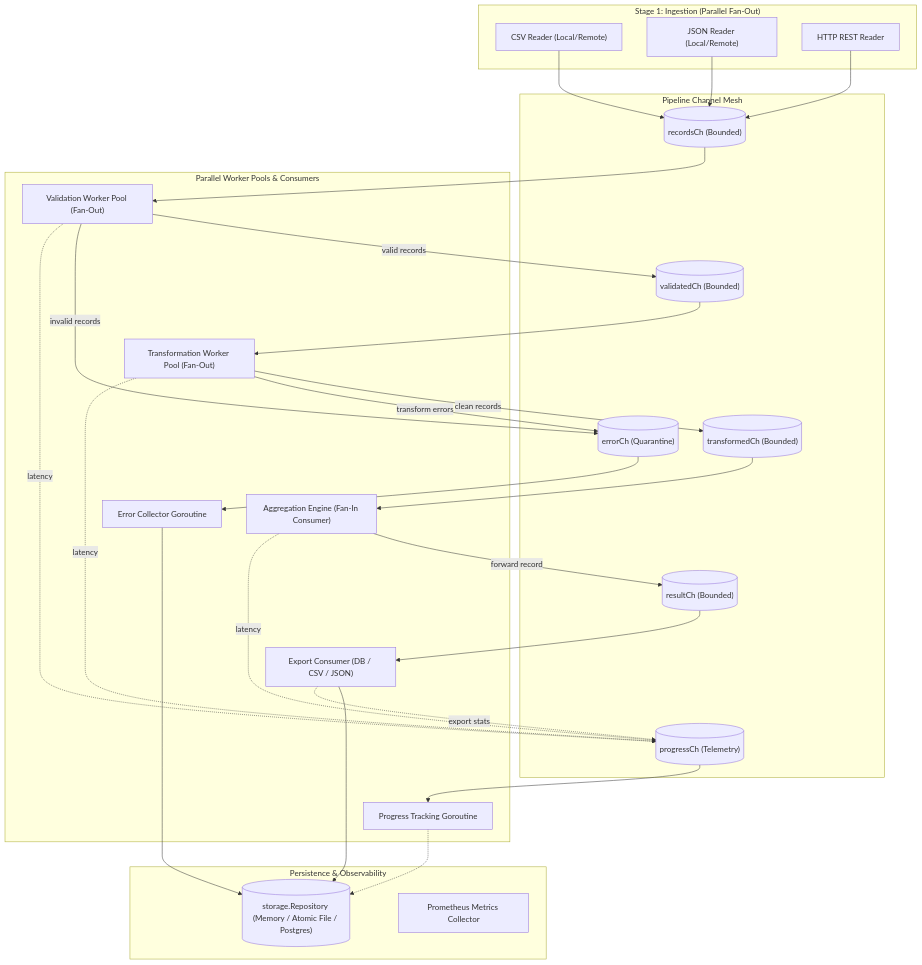
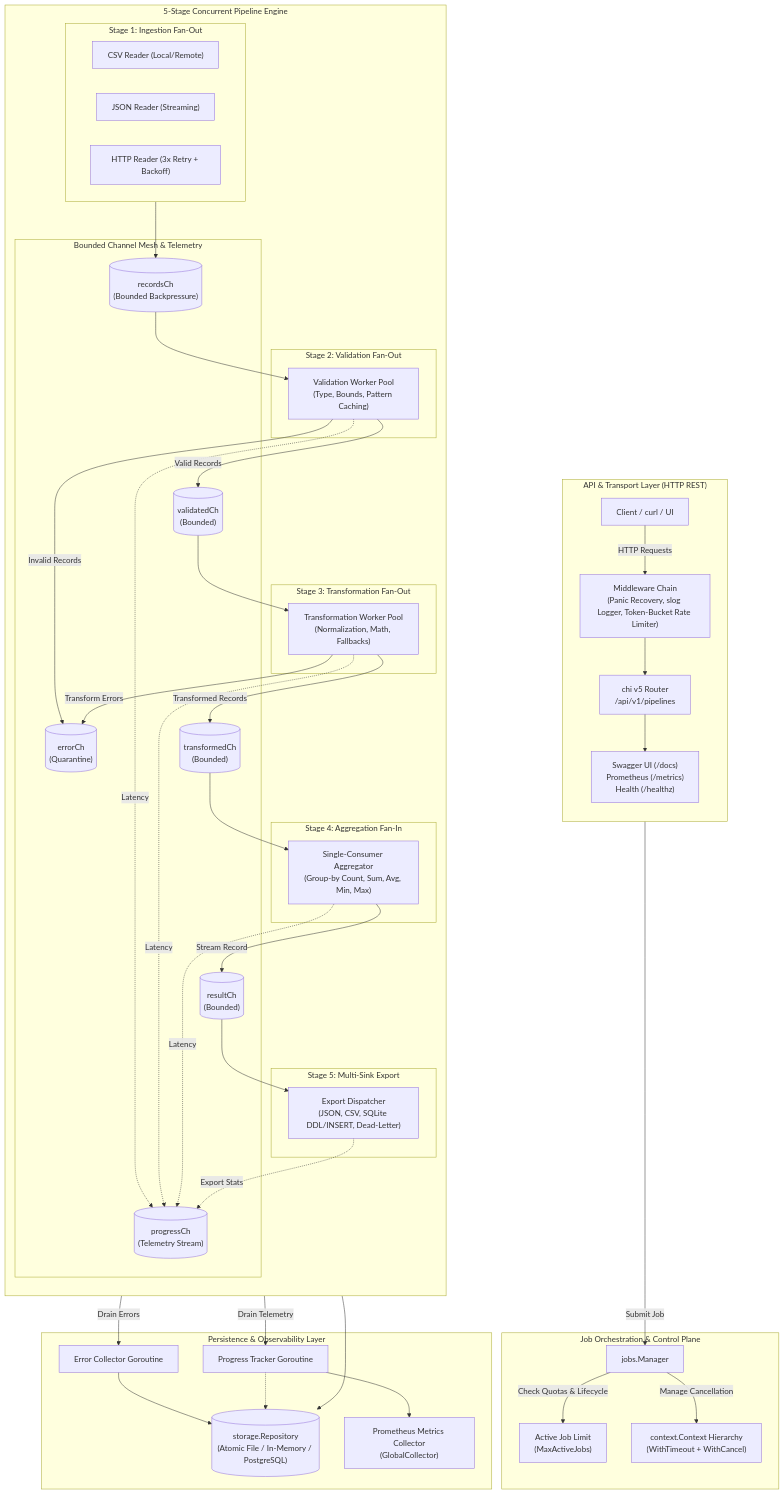
The diagram in README.md (anandmindfire/Data_Processing_Pipeline), drawn with Mermaid before and after one commit. The commit also changed other lines of this file and 4 other files, not shown here.

Commit message:
docs: modernize README architecture diagram, synchronize design report and production readiness roadmap

````diff
--- a/README.md
+++ b/README.md
@@ -23,52 +61,76 @@
 ```mermaid
 flowchart TD
-  subgraph Ingestion ["Stage 1: Ingestion (Parallel Fan-Out)"]
-    S1["CSV Reader (Local/Remote)"]
-    S2["JSON Reader (Local/Remote)"]
-    S3["HTTP REST Reader"]
+  subgraph Ingress ["API & Transport Layer (HTTP REST)"]
+    direction TB
+    CLI["Client / curl / UI"] -->|"HTTP Requests"| MW["Middleware Chain<br/>(Panic Recovery, slog Logger, Token-Bucket Rate Limiter)"]
+    MW --> ROUTER["chi v5 Router<br/>/api/v1/pipelines"]
+    ROUTER --> DOCS["Swagger UI (/docs)<br/>Prometheus (/metrics)<br/>Health (/healthz)"]
   end
 
-  subgraph Buffers ["Pipeline Channel Mesh"]
-    R[("recordsCh (Bounded)")]
-    V_CH[("validatedCh (Bounded)")]
-    T_CH[("transformedCh (Bounded)")]
-    RES_CH[("resultCh (Bounded)")]
-    ERR_CH[("errorCh (Quarantine)")]
-    PROG_CH[("progressCh (Telemetry)")]
+  subgraph ControlPlane ["Job Orchestration & Control Plane"]
+    ROUTER -->|"Submit Job"| MGR["jobs.Manager"]
+    MGR -->|"Check Quotas & Lifecycle"| QUOTA["Active Job Limit<br/>(MaxActiveJobs)"]
+    MGR -->|"Manage Cancellation"| CTX["context.Context Hierarchy<br/>(WithTimeout + WithCancel)"]
   end
 
-  subgraph Processing ["Parallel Worker Pools & Consumers"]
-    V["Validation Worker Pool (Fan-Out)"]
-    T["Transformation Worker Pool (Fan-Out)"]
-    A["Aggregation Engine (Fan-In Consumer)"]
-    EXP["Export Consumer (DB / CSV / JSON)"]
-    ERR_COL["Error Collector Goroutine"]
-    PROG_TRK["Progress Tracking Goroutine"]
+  subgraph Engine ["5-Stage Concurrent Pipeline Engine"]
+    direction TB
+    subgraph S1 ["Stage 1: Ingestion Fan-Out"]
+      SRC1["CSV Reader (Local/Remote)"]
+      SRC2["JSON Reader (Streaming)"]
+      SRC3["HTTP Reader (3x Retry + Backoff)"]
+    end
+
+    subgraph Buffers ["Bounded Channel Mesh & Telemetry"]
+      R_CH[("recordsCh<br/>(Bounded Backpressure)")]
+      V_CH[("validatedCh<br/>(Bounded)")]
+      T_CH[("transformedCh<br/>(Bounded)")]
+      RES_CH[("resultCh<br/>(Bounded)")]
+      ERR_CH[("errorCh<br/>(Quarantine)")]
+      PROG_CH[("progressCh<br/>(Telemetry Stream)")]
+    end
+
+    subgraph S2 ["Stage 2: Validation Fan-Out"]
+      VAL_POOL["Validation Worker Pool<br/>(Type, Bounds, Pattern Caching)"]
+    end
+
+    subgraph S3 ["Stage 3: Transformation Fan-Out"]
+      TR_POOL["Transformation Worker Pool<br/>(Normalization, Math, Fallbacks)"]
+    end
+
+    subgraph S4 ["Stage 4: Aggregation Fan-In"]
+      AGG["Single-Consumer Aggregator<br/>(Group-by Count, Sum, Avg, Min, Max)"]
+    end
+
+    subgraph S5 ["Stage 5: Multi-Sink Export"]
+      EXP["Export Dispatcher<br/>(JSON, CSV, SQLite DDL/INSERT, Dead-Letter)"]
+    end
+
+    S1 --> R_CH
+    R_CH --> VAL_POOL
+    VAL_POOL -->|"Valid Records"| V_CH
+    VAL_POOL -->|"Invalid Records"| ERR_CH
+    VAL_POOL -.->|"Latency"| PROG_CH
+
+    V_CH --> TR_POOL
+    TR_POOL -->|"Transformed Records"| T_CH
+    TR_POOL -->|"Transform Errors"| ERR_CH
+    TR_POOL -.->|"Latency"| PROG_CH
+
+    T_CH --> AGG
+    AGG -->|"Stream Record"| RES_CH
+    AGG -.->|"Latency"| PROG_CH
+
+    RES_CH --> EXP
+    EXP -.->|"Export Stats"| PROG_CH
   end
 
-  subgraph Storage ["Persistence & Observability"]
-    REPO[("storage.Repository (Memory / Atomic File / Postgres)")]
-    MET["Prometheus Metrics Collector"]
+  subgraph Persistence ["Persistence & Observability Layer"]
+    ERR_CH -->|"Drain Errors"| ERR_COL["Error Collector Goroutine"]
+    PROG_CH -->|"Drain Telemetry"| PROG_COL["Progress Tracker Goroutine"]
+    EXP --> REPO[("storage.Repository<br/>(Atomic File / In-Memory / PostgreSQL)")]
+    ERR_COL --> REPO
+    PROG_COL --> METRICS["Prometheus Metrics Collector<br/>(GlobalCollector)"]
+    PROG_COL -.-> REPO
   end
-
-  S1 --> R
-  S2 --> R
-  S3 --> R
-  R --> V
-  V -->|"valid records"| V_CH
-  V -->|"invalid records"| ERR_CH
-  V -.->|"latency"| PROG_CH
-  V_CH --> T
-  T -->|"clean records"| T_CH
-  T -->|"transform errors"| ERR_CH
-  T -.->|"latency"| PROG_CH
-  T_CH --> A
-  A -->|"forward record"| RES_CH
-  A -.->|"latency"| PROG_CH
-  RES_CH --> EXP
-  EXP --> REPO
-  EXP -.->|"export stats"| PROG_CH
-  ERR_CH --> ERR_COL --> REPO
-  PROG_CH --> PROG_TRK
-  PROG_TRK -.-> REPO
 ```
````
